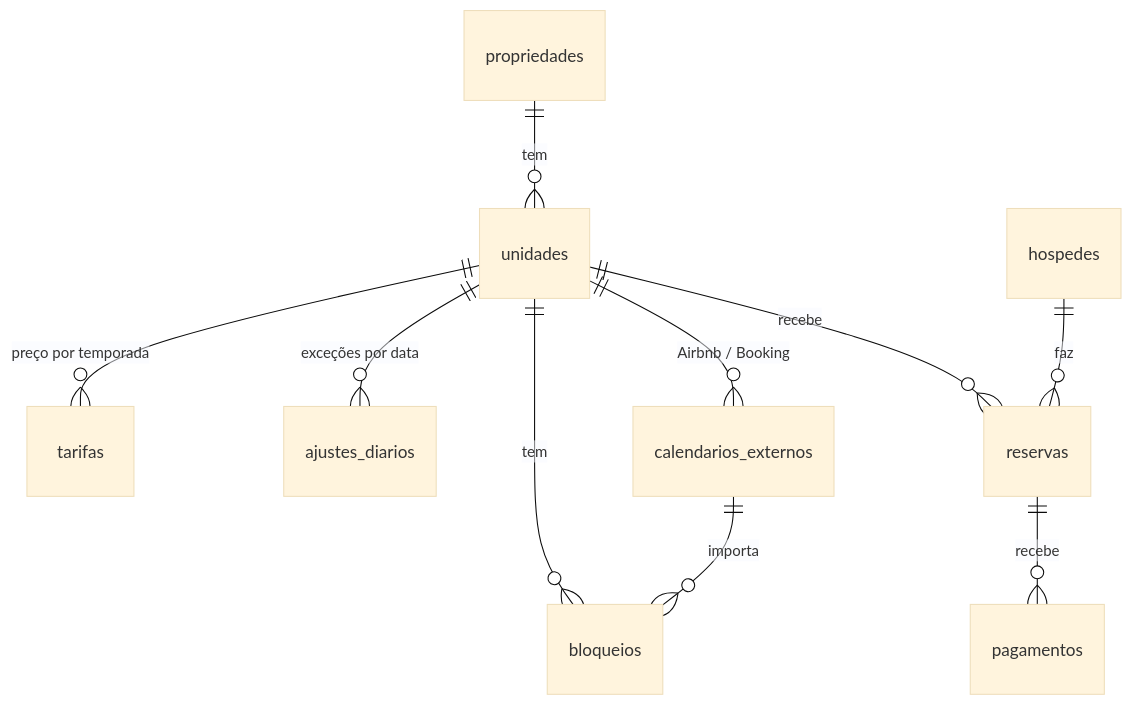
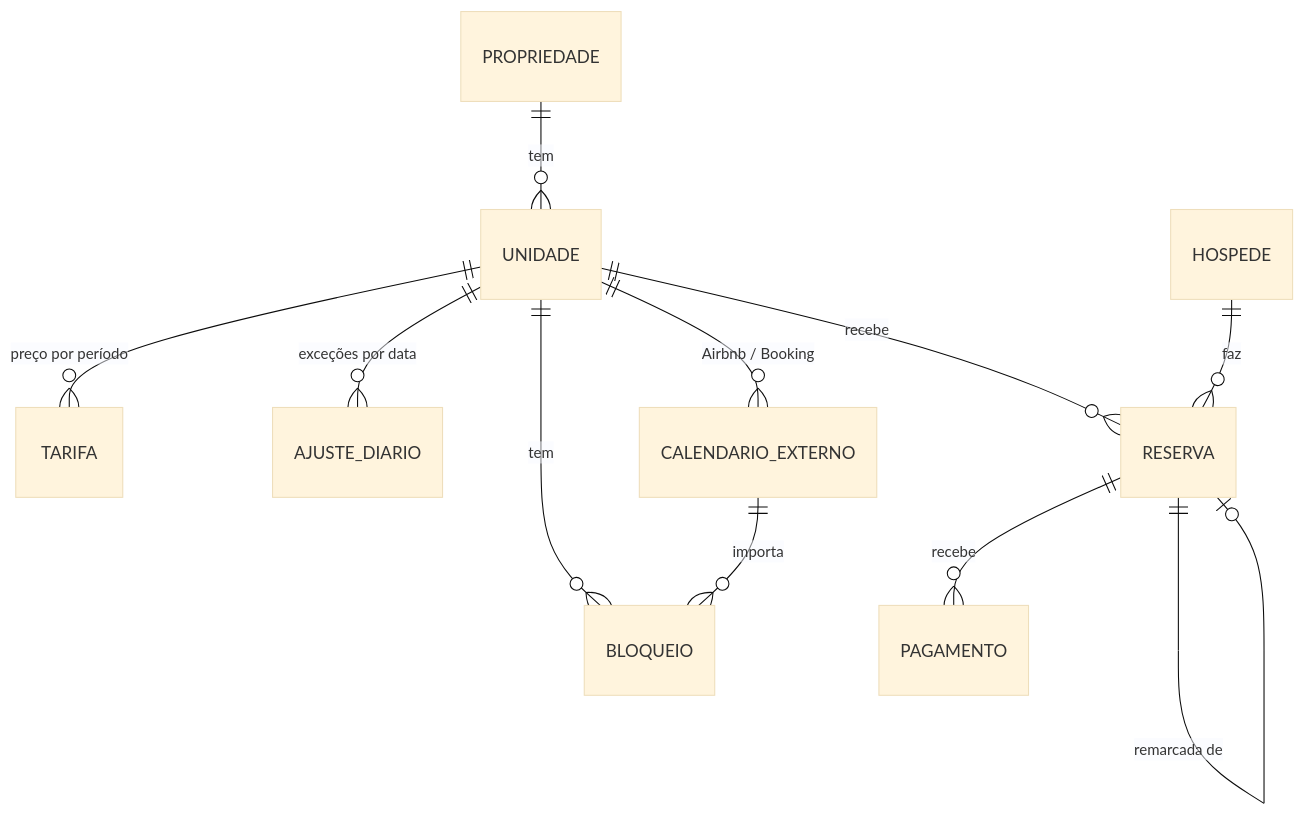
One commit to AlvesBhz/solar-platform changed the diagram in site/database/README.md. Above: the diagram before and after it, drawn with Mermaid (base theme). The commit also changed other lines of this file and 9 other files, not shown here.

````diff
--- a/site/database/README.md
+++ b/site/database/README.md
@@ -27,12 +29,13 @@
 ```mermaid
 erDiagram
-    propriedades ||--o{ unidades : tem
-    unidades ||--o{ tarifas : "preço por temporada"
-    unidades ||--o{ ajustes_diarios : "exceções por data"
-    unidades ||--o{ reservas : recebe
-    unidades ||--o{ bloqueios : tem
-    unidades ||--o{ calendarios_externos : "Airbnb / Booking"
-    calendarios_externos ||--o{ bloqueios : importa
-    hospedes ||--o{ reservas : faz
-    reservas ||--o{ pagamentos : recebe
+    PROPRIEDADE ||--o{ UNIDADE : tem
+    UNIDADE ||--o{ TARIFA : "preço por período"
+    UNIDADE ||--o{ AJUSTE_DIARIO : "exceções por data"
+    UNIDADE ||--o{ RESERVA : recebe
+    UNIDADE ||--o{ BLOQUEIO : tem
+    UNIDADE ||--o{ CALENDARIO_EXTERNO : "Airbnb / Booking"
+    CALENDARIO_EXTERNO ||--o{ BLOQUEIO : importa
+    HOSPEDE ||--o{ RESERVA : faz
+    RESERVA ||--o{ PAGAMENTO : recebe
+    RESERVA ||--o| RESERVA : "remarcada de"
 ```
````
